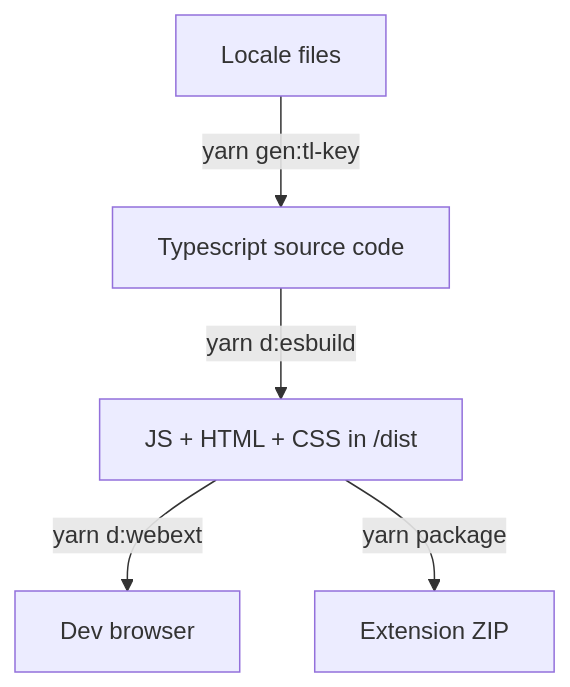
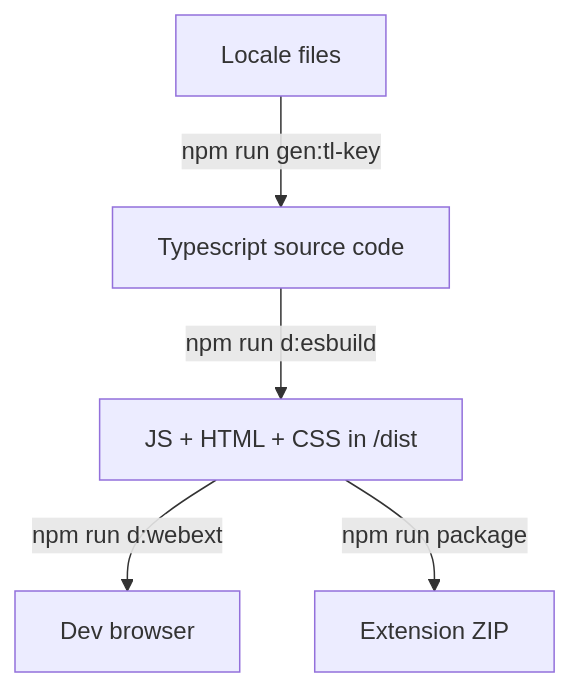
One commit to gyng/webext-boilerplate changed the third of 3 diagrams in README.md. Above: the diagram before and after it, drawn with Mermaid. The commit also changed other lines of this file and 11 other files, not shown here.

````diff
--- a/README.md
+++ b/README.md
@@ -75,6 +75,6 @@
 ```mermaid
 flowchart
-    S[Typescript source code] -->|yarn d:esbuild| Dist["JS + HTML + CSS in /dist"] --> |yarn d:webext| Browser[Dev browser]
-    Locale[Locale files] --> |yarn gen:tl-key| S
-    Dist --> |yarn package| ZIP[Extension ZIP]
+    S[Typescript source code] -->|npm run d:esbuild| Dist["JS + HTML + CSS in /dist"] --> |npm run d:webext| Browser[Dev browser]
+    Locale[Locale files] --> |npm run gen:tl-key| S
+    Dist --> |npm run package| ZIP[Extension ZIP]
 ```
````
